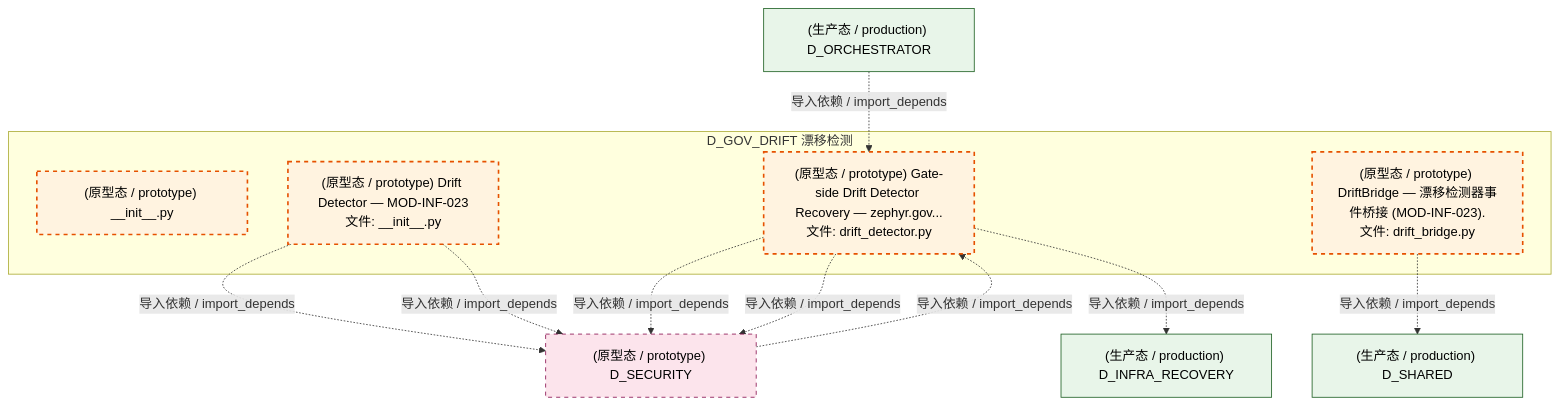
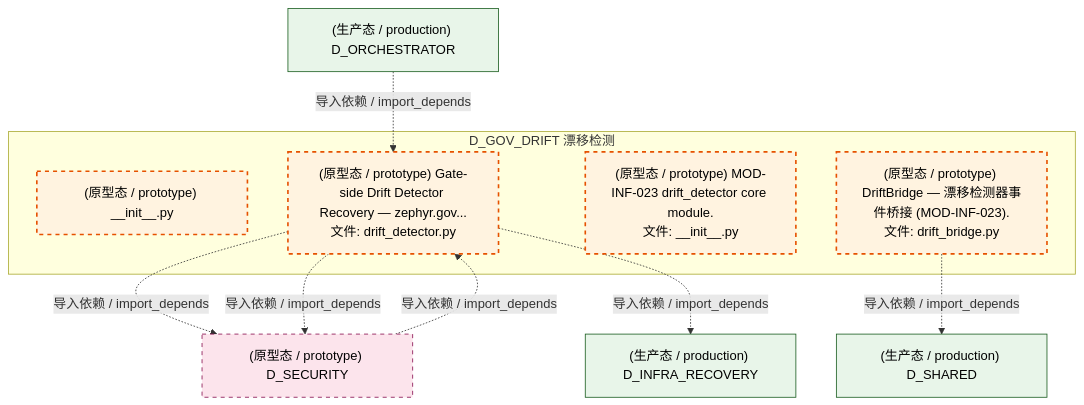
Before and after one commit to xuanFelixVan/ZephyrAlpha: the sixth of 7 diagrams in docs/02_enterprise_architecture/02_domain_architecture_docs/39_d_gov_drift.md, drawn with Mermaid. The commit also changed other lines of this file and 112 other files, not shown here.

````diff
--- a/docs/02_enterprise_architecture/02_domain_architecture_docs/39_d_gov_drift.md
+++ b/docs/02_enterprise_architecture/02_domain_architecture_docs/39_d_gov_drift.md
@@ -503,28 +569,26 @@
 ```mermaid
 graph TD
     subgraph D_GOV_DRIFT["D_GOV_DRIFT 漂移检测"]
         src_zephyr_gov_drift_init_py["(原型态 / prototype) __init__.py"]
         src_zephyr_gov_enforcement_rule_enforcement_drift_detector_py["(原型态 / prototype) Gate-side Drift Detector Recovery — zephyr.gov...<br/>文件: drift_detector.py"]
-        src_zephyr_governance_drift_detector_core_bridges_init_py["(原型态 / prototype) Drift Detector — MOD-INF-023<br/>文件: __init__.py"]
+        src_zephyr_governance_drift_detector_core_init_py["(原型态 / prototype) MOD-INF-023 drift_detector core module.<br/>文件: __init__.py"]
         src_zephyr_governance_drift_detector_core_bridges_drift_bridge_py["(原型态 / prototype) DriftBridge — 漂移检测器事件桥接 (MOD-INF-023).<br/>文件: drift_bridge.py"]
     end
     D_SHARED["(生产态 / production) D_SHARED"]
     src_zephyr_governance_drift_detector_core_bridges_drift_bridge_py -.->|导入依赖 / import_depends| D_SHARED
     D_SECURITY["(原型态 / prototype) D_SECURITY"]
-    src_zephyr_governance_drift_detector_core_bridges_init_py -.->|导入依赖 / import_depends| D_SECURITY
-    src_zephyr_governance_drift_detector_core_bridges_init_py -.->|导入依赖 / import_depends| D_SECURITY
     src_zephyr_gov_enforcement_rule_enforcement_drift_detector_py -.->|导入依赖 / import_depends| D_SECURITY
     D_INFRA_RECOVERY["(生产态 / production) D_INFRA_RECOVERY"]
     src_zephyr_gov_enforcement_rule_enforcement_drift_detector_py -.->|导入依赖 / import_depends| D_INFRA_RECOVERY
     src_zephyr_gov_enforcement_rule_enforcement_drift_detector_py -.->|导入依赖 / import_depends| D_SECURITY
     D_ORCHESTRATOR["(生产态 / production) D_ORCHESTRATOR"]
     D_ORCHESTRATOR -.->|导入依赖 / import_depends| src_zephyr_gov_enforcement_rule_enforcement_drift_detector_py
     D_SECURITY -.->|导入依赖 / import_depends| src_zephyr_gov_enforcement_rule_enforcement_drift_detector_py
     classDef production fill:#e1f5fe,stroke:#01579b,stroke-width:2px,color:#000
     classDef design fill:#fff3e0,stroke:#e65100,stroke-width:2px,color:#000,stroke-dasharray: 5 5
     classDef external_prod fill:#e8f5e9,stroke:#1b5e20,stroke-width:1px,color:#000
     classDef external_design fill:#fce4ec,stroke:#880e4f,stroke-width:1px,color:#000,stroke-dasharray: 5 5
-    class src_zephyr_gov_drift_init_py,src_zephyr_gov_enforcement_rule_enforcement_drift_detector_py,src_zephyr_governance_drift_detector_core_bridges_init_py,src_zephyr_governance_drift_detector_core_bridges_drift_bridge_py design
+    class src_zephyr_gov_drift_init_py,src_zephyr_gov_enforcement_rule_enforcement_drift_detector_py,src_zephyr_governance_drift_detector_core_init_py,src_zephyr_governance_drift_detector_core_bridges_drift_bridge_py design
     class D_SHARED,D_INFRA_RECOVERY,D_ORCHESTRATOR external_prod
     class D_SECURITY external_design
 ```
````
